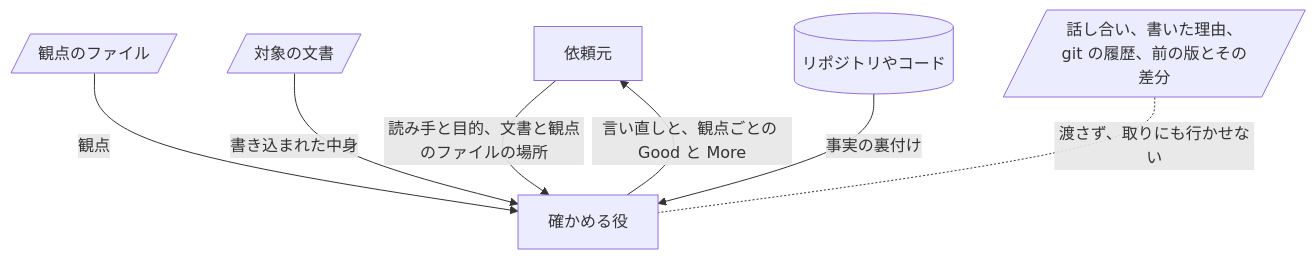
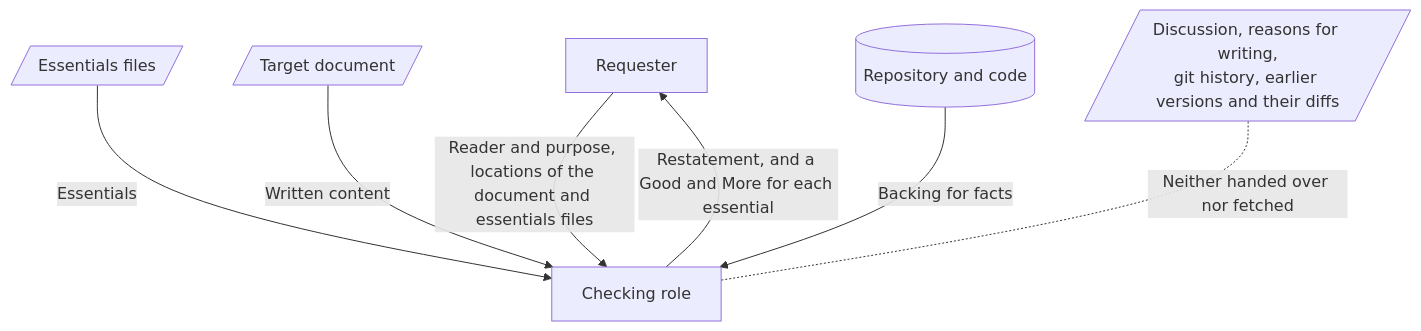
Before and after one commit to lovaizu/ccpm: the third of 5 diagrams in writ/docs/design.md, drawn with Mermaid. The commit also changed other lines of this file and 4 other files, not shown here.

````diff
--- a/writ/docs/design.md
+++ b/writ/docs/design.md
@@ -132,15 +132,15 @@
 ```mermaid
 flowchart TD
-  R[依頼元]
-  K[確かめる役]
-  N[/話し合い、書いた理由、<br/>git の履歴、前の版とその差分/]
-  E[/観点のファイル/]
-  F[/対象の文書/]
-  S[(リポジトリやコード)]
-  R -->|読み手と目的、文書と観点のファイルの場所| K
-  E -->|観点| K
-  F -->|書き込まれた中身| K
-  S -->|事実の裏付け| K
-  N -.-|渡さず、取りにも行かせない| K
-  K -->|言い直しと、観点ごとの Good と More| R
+  R[Requester]
+  K[Checking role]
+  N[/Discussion, reasons for writing,<br/>git history, earlier versions and their diffs/]
+  E[/Essentials files/]
+  F[/Target document/]
+  S[(Repository and code)]
+  R -->|Reader and purpose, locations of the document and essentials files| K
+  E -->|Essentials| K
+  F -->|Written content| K
+  S -->|Backing for facts| K
+  N -.-|Neither handed over nor fetched| K
+  K -->|Restatement, and a Good and More for each essential| R
 ```
````
